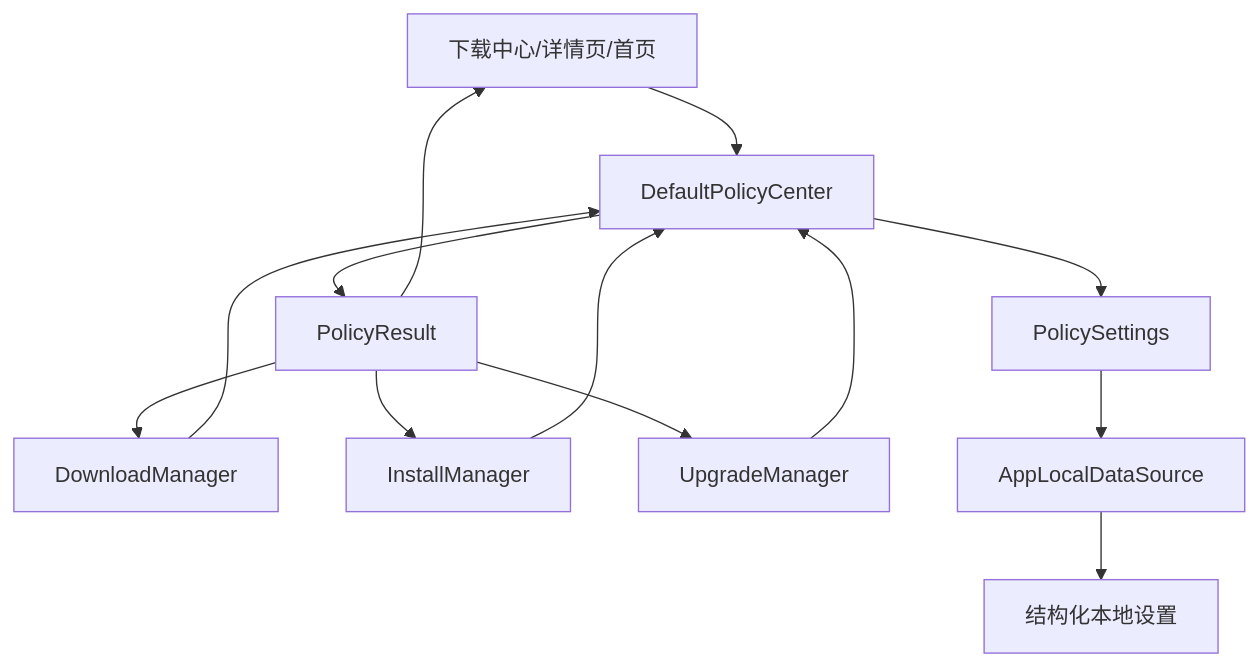
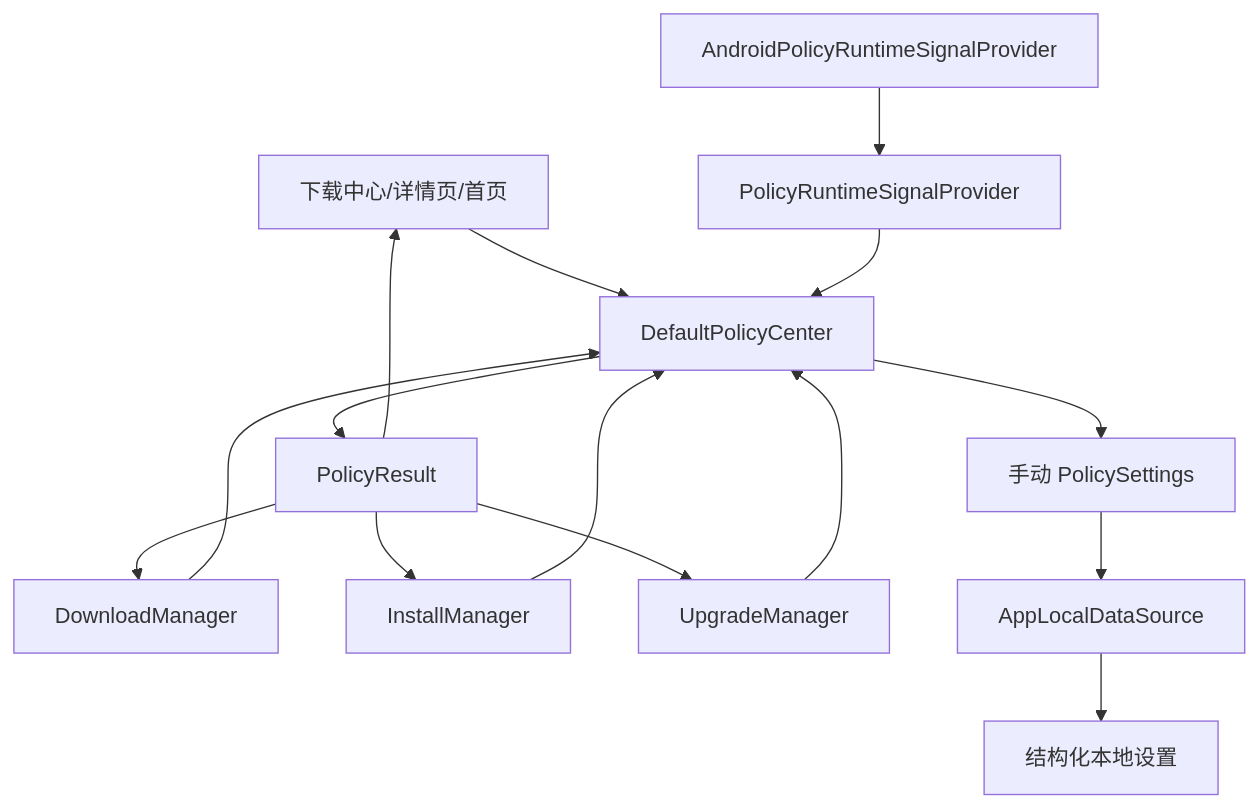
The first of 4 diagrams in docs/13-策略中心架构与流程.md (XZQ/CarAppStore), drawn with Mermaid before and after one commit. The commit also changed other lines of this file and 69 other files, not shown here.

Commit message:
Feat: harden store state flows and remote catalog pipeline

````diff
--- a/docs/13-策略中心架构与流程.md
+++ b/docs/13-策略中心架构与流程.md
@@ -33,18 +34,21 @@
 ```mermaid
 flowchart TD
 
 UI[下载中心/详情页/首页] --> PC[DefaultPolicyCenter]
 DM[DownloadManager] --> PC
 IM[InstallManager] --> PC
 UM[UpgradeManager] --> PC
 
-PC --> SETTINGS[PolicySettings]
+PC --> SETTINGS[手动 PolicySettings]
 SETTINGS --> LOCAL[AppLocalDataSource]
 LOCAL --> STORE[结构化本地设置]
+
+SIGNAL[PolicyRuntimeSignalProvider] --> PC
+ANDROID[AndroidPolicyRuntimeSignalProvider] --> SIGNAL
 
 PC --> RESULT[PolicyResult]
 RESULT --> UI
 RESULT --> DM
 RESULT --> IM
 RESULT --> UM
 ```
````
